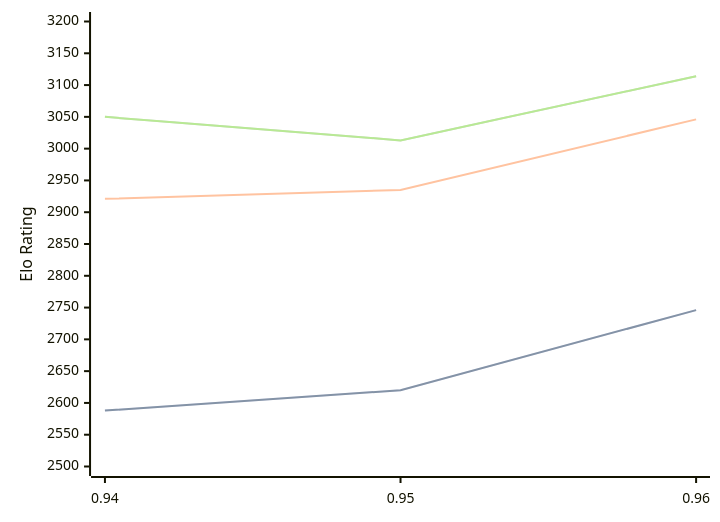
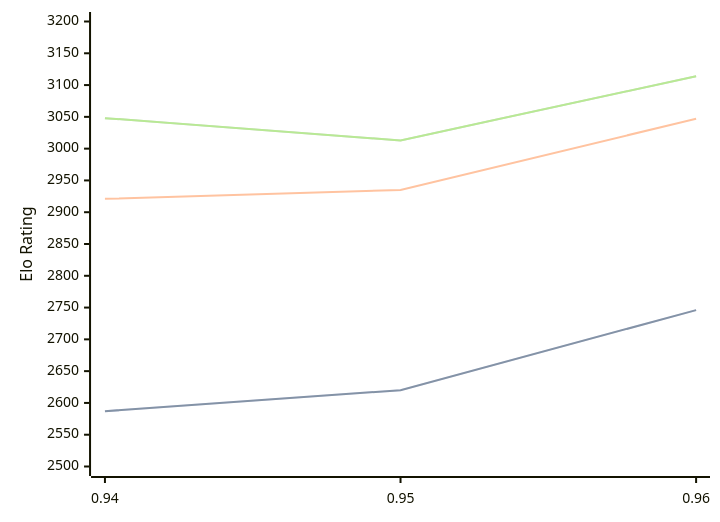
One commit to computer-chess-index/cci changed the first of 3 diagrams in engines/Myrddin.md. Above: the diagram before and after it, drawn with Mermaid. The commit also changed other lines of this file, not shown here.

Commit message:
Update CCI Ratings (ELO VLTC) - 2026-07-15

````diff
--- a/engines/Myrddin.md
+++ b/engines/Myrddin.md
@@ -38,11 +38,11 @@
 ```mermaid
 %%{init: {"theme":"base","themeVariables":{"seriesColors:['#a3a3a3','#222221','#faa371']}}}%%
 xychart-beta
   x-axis ["0.94", "0.95", "0.96"]
   y-axis "Elo Rating" 2500 --> 3200
-  line "STC (8.0+0.08s)" [2588, 2620, 2746]
-  line "STC (8.0+0.08s)" [2588, 2620, 2746]
-  line "LTC (60.0+0.60s)" [2921, 2935, 3046]
-  line "VLTC (2m24s+1.12s)" [3050, 3013, 3114]
-  line "VLTC (2m24s+1.12s)" [3050, 3013, 3114]
+  line "STC (8.0+0.08s)" [2587, 2620, 2746]
+  line "STC (8.0+0.08s)" [2587, 2620, 2746]
+  line "LTC (60.0+0.60s)" [2921, 2935, 3047]
+  line "VLTC (2m24s+1.12s)" [3048, 3013, 3114]
+  line "VLTC (2m24s+1.12s)" [3048, 3013, 3114]
 ```
````
